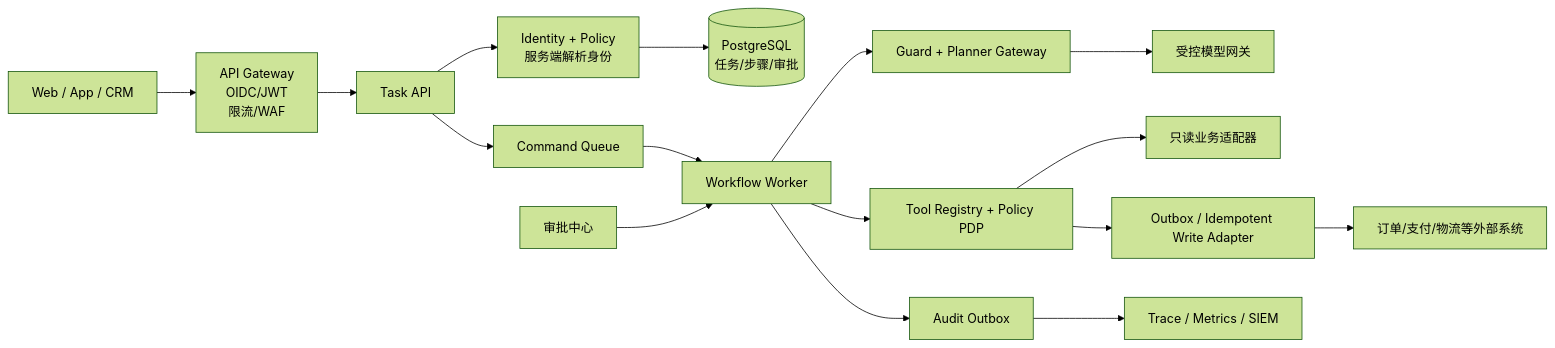
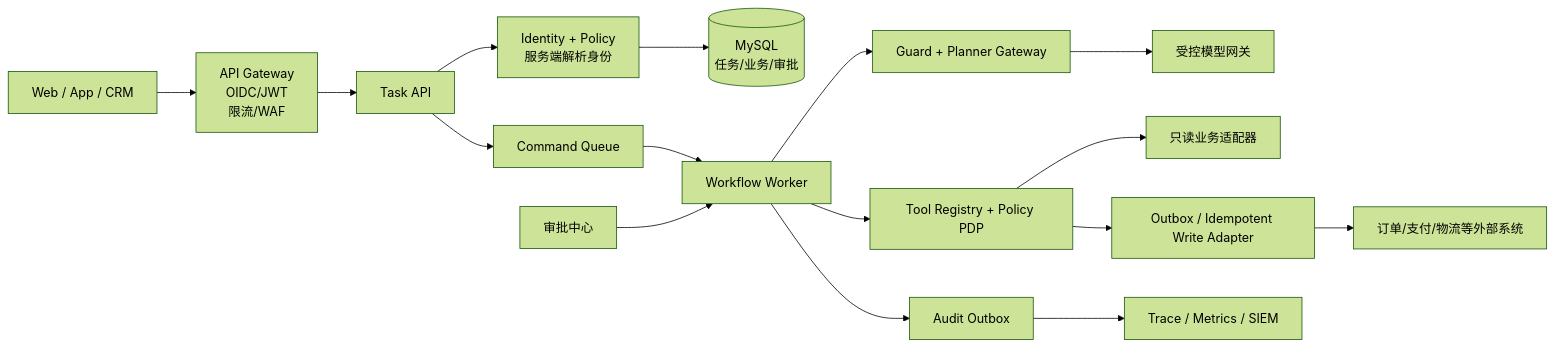
Before and after one commit to Zdanquxunhuan/agent-workflow-1: the third of 3 diagrams in agent-workflow-1/docs/complete-call-chain.md, drawn with Mermaid (forest theme). The commit also changed other lines of this file and 20 other files, not shown here.

````diff
--- a/agent-workflow-1/docs/complete-call-chain.md
+++ b/agent-workflow-1/docs/complete-call-chain.md
@@ -421,18 +420,18 @@
 ```mermaid
 flowchart LR
     U[Web / App / CRM] --> GW[API Gateway\nOIDC/JWT\n限流/WAF]
     GW --> API[Task API]
     API --> AUTH[Identity + Policy\n服务端解析身份]
-    AUTH --> DB[(PostgreSQL\n任务/步骤/审批)]
+    AUTH --> DB[(MySQL\n任务/业务/审批)]
     API --> Q[Command Queue]
     Q --> W[Workflow Worker]
     W --> G[Guard + Planner Gateway]
     G --> LLM[受控模型网关]
     W --> REG[Tool Registry + Policy PDP]
     REG --> R[只读业务适配器]
     REG --> O[Outbox / Idempotent Write Adapter]
     O --> B[订单/支付/物流等外部系统]
     W --> AUD[Audit Outbox]
     AUD --> OBS[Trace / Metrics / SIEM]
     H[审批中心] --> W
 ```
````
